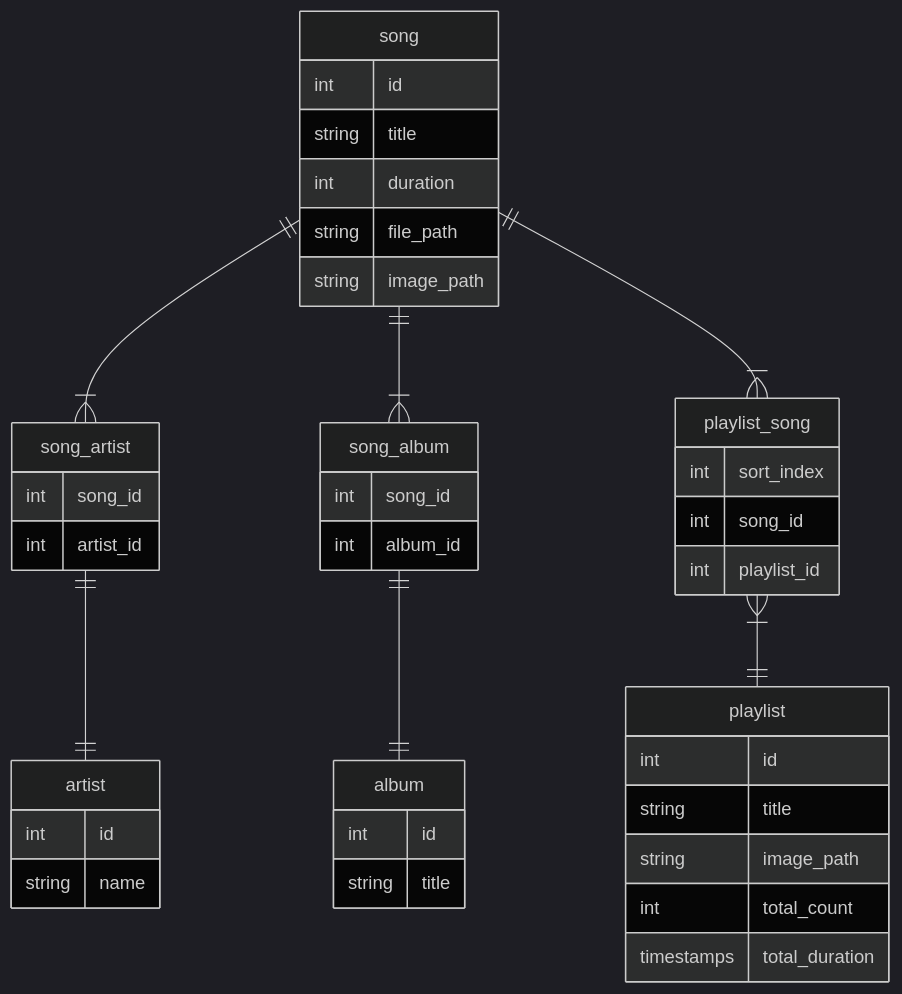
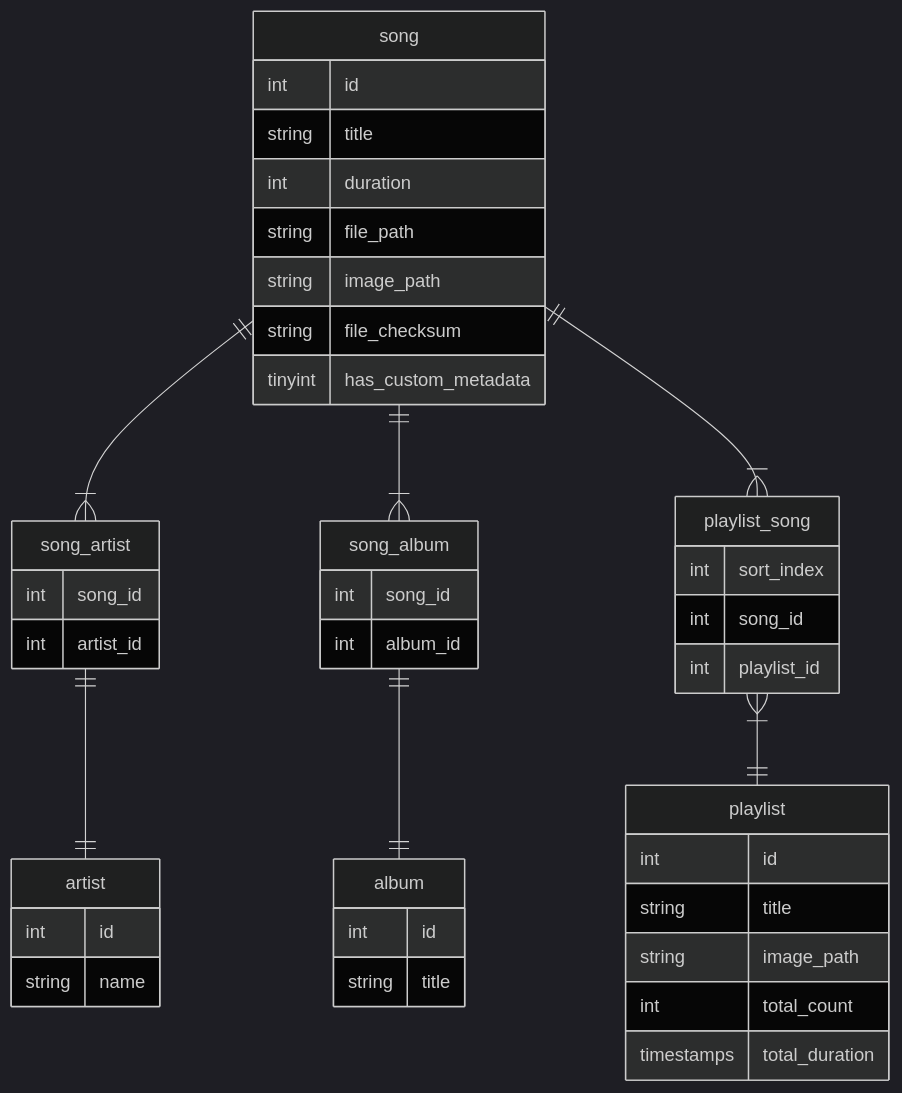
The diagram in ERDiagram_v1.mmd (M-TTI/phony), drawn with Mermaid (dark theme) before and after one commit.

Commit message:
edit diagram

```diff
--- a/ERDiagram_v1.mmd
+++ b/ERDiagram_v1.mmd
@@ -1,49 +1,51 @@
 erDiagram
     song {
         int id
         string title
         int duration
         string file_path
         string image_path
+        string file_checksum
+        tinyint has_custom_metadata
     }
 
     song_artist {
         int song_id
         int artist_id
     }
 
     artist {
         int id
         string name
     }
 
     song_album {
         int song_id
         int album_id
     }
 
     album {
         int id
         string title
     }
 
     playlist {
         int id
         string title
         string image_path
         int total_count
         timestamps total_duration
     }
 
     playlist_song {
         int sort_index
         int song_id
         int playlist_id
     }
 
     song ||--|{ song_artist : ""
     song_artist ||--|| artist : ""
     song ||--|{ song_album : ""
     song_album ||--|| album : ""
     song ||--|{ playlist_song : ""
     playlist_song }|--|| playlist : ""
```
